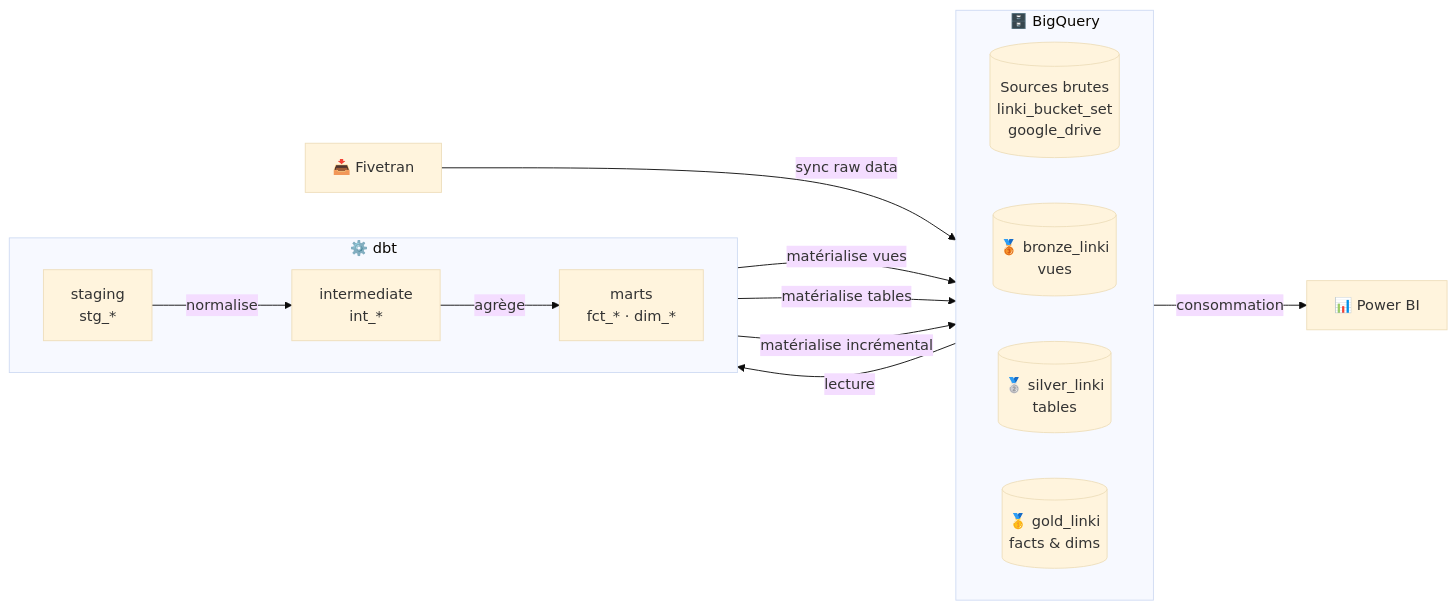
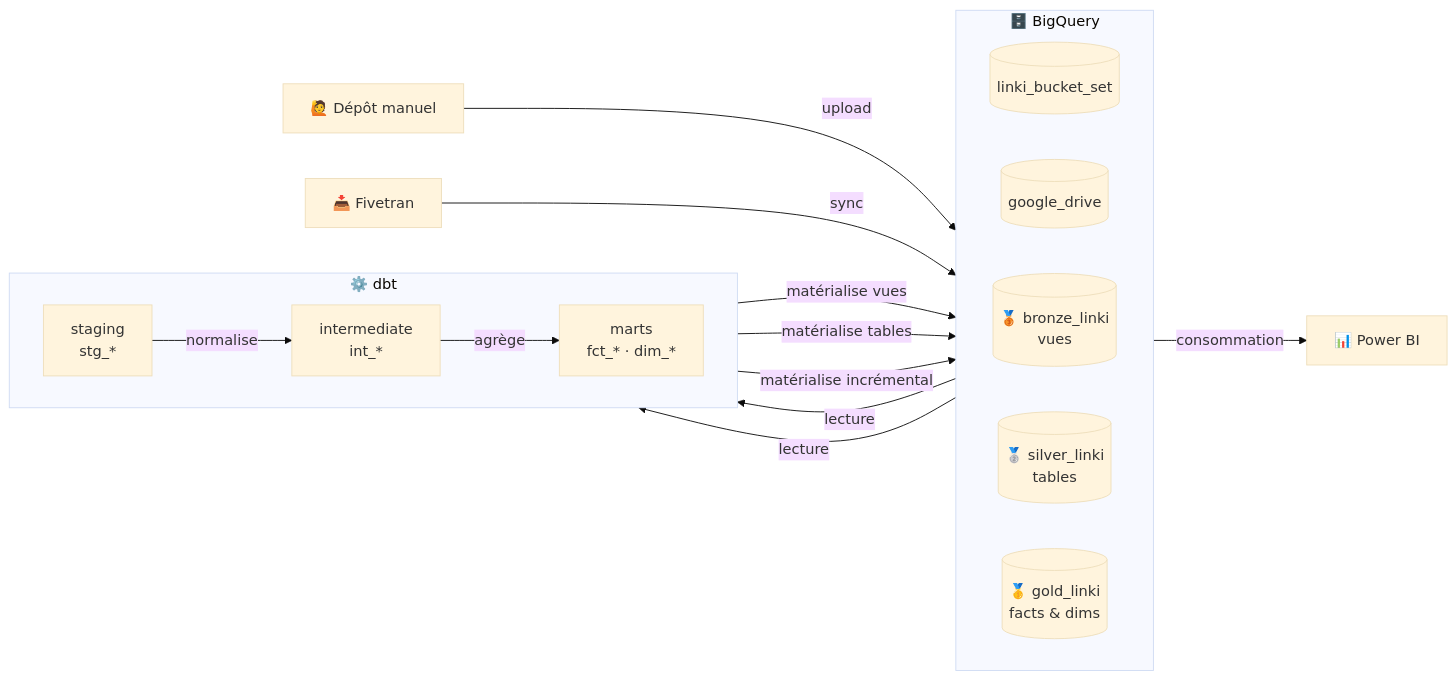
The first of 5 diagrams in README.md (ballates/linkyhub_dbt), drawn with Mermaid (base theme) before and after one commit. The commit also changed other lines of this file and 2 other files, not shown here.

Commit message:
Enriched docs welcome page

````diff
--- a/README.md
+++ b/README.md
@@ -34,24 +34,27 @@
 ```mermaid
 flowchart LR
-    fivetran["📥 Fivetran"] -->|"sync raw data"| src
+    manuel["🙋 Dépôt manuel"] -->|"upload"| bucket[("linki_bucket_set")]
+    fivetran["📥 Fivetran"] -->|"sync"| gdrive[("google_drive")]
 
     subgraph bq ["🗄️ BigQuery"]
         direction LR
-        src[("Sources brutes\nlinki_bucket_set\ngoogle_drive")]
+        bucket
+        gdrive
         bronze[("🥉 bronze_linki\nvues")]
         silver[("🥈 silver_linki\ntables")]
         gold[("🥇 gold_linki\nfacts & dims")]
     end
 
     subgraph dbt ["⚙️ dbt"]
         direction LR
         stg["staging\nstg_*"] -->|"normalise"| int["intermediate\nint_*"] -->|"agrège"| mart["marts\nfct_* · dim_*"]
     end
 
-    src -->|"lecture"| stg
+    bucket -->|"lecture"| stg
+    gdrive -->|"lecture"| stg
     stg -->|"matérialise vues"| bronze
     int -->|"matérialise tables"| silver
     mart -->|"matérialise incrémental"| gold
 
     gold -->|"consommation"| powerbi["📊 Power BI"]
 ```
````
